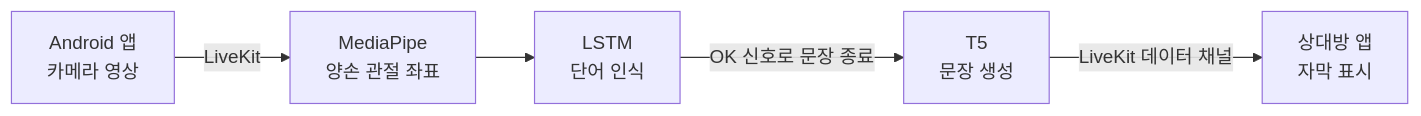
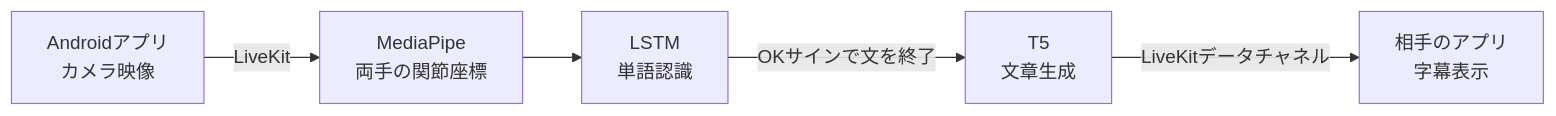
The diagram in README.md (yeekrim/sign-language-translation), drawn with Mermaid before and after one commit. The commit also changed other lines of this file and 1 other file, not shown here.

````diff
--- a/README.md
+++ b/README.md
@@ -39,7 +43,7 @@
 ```mermaid
 flowchart LR
-    A[Android 앱<br/>카메라 영상] -->|LiveKit| B[MediaPipe<br/>양손 관절 좌표]
-    B --> C[LSTM<br/>단어 인식]
-    C -->|OK 신호로 문장 종료| D[T5<br/>문장 생성]
-    D -->|LiveKit 데이터 채널| E[상대방 앱<br/>자막 표시]
+    A[Androidアプリ<br/>カメラ映像] -->|LiveKit| B[MediaPipe<br/>両手の関節座標]
+    B --> C[LSTM<br/>単語認識]
+    C -->|OKサインで文を終了| D[T5<br/>文章生成]
+    D -->|LiveKitデータチャネル| E[相手のアプリ<br/>字幕表示]
 ```
````
